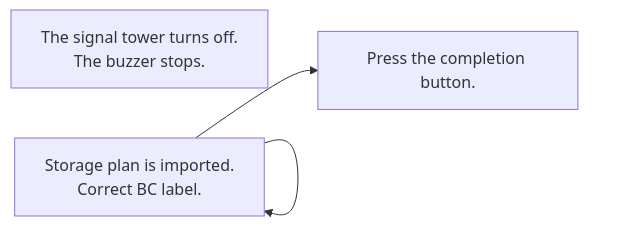
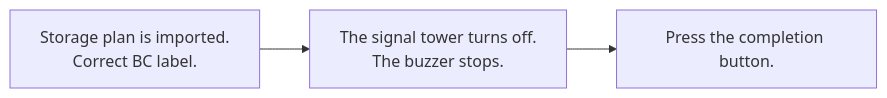
Before and after one commit to luthfiadityaa/SimeDarby-Wiki: the eighth of 8 diagrams in Basic-Design/DFD-WMS/Storage/Unplanned-Storage/Irregular-Cases.md, drawn with Mermaid. The commit also changed other lines of this file, not shown here.

Commit message:
Updated Irregular Cases

```diff
--- a/Basic-Design/DFD-WMS/Storage/Unplanned-Storage/Irregular-Cases.md
+++ b/Basic-Design/DFD-WMS/Storage/Unplanned-Storage/Irregular-Cases.md
@@ -493,19 +493,19 @@
 ::: mermaid
 flowchart LR
 
 buttonlight2["
 The signal tower turns off.
 The buzzer stops.
 "]
 
 buttonlight1["
 Press the completion button.
 "]
 
 buttonlight3["
 Storage plan is imported.
 Correct BC label.
 "]
 
-buttonlight3-->buttonlight3-->buttonlight1
+buttonlight3-->buttonlight2-->buttonlight1
 :::
```
